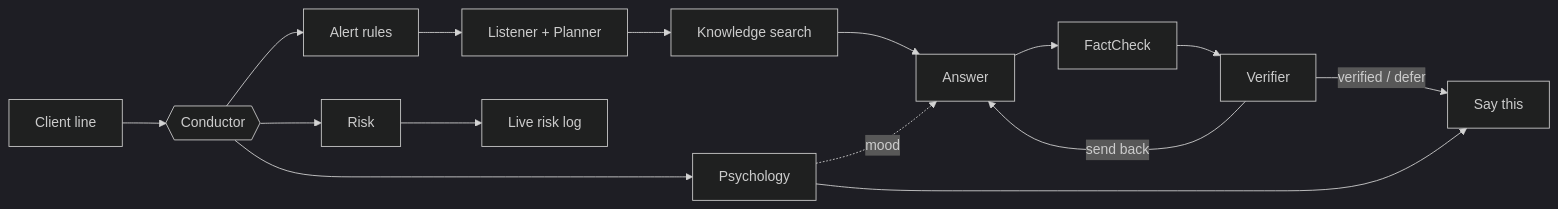
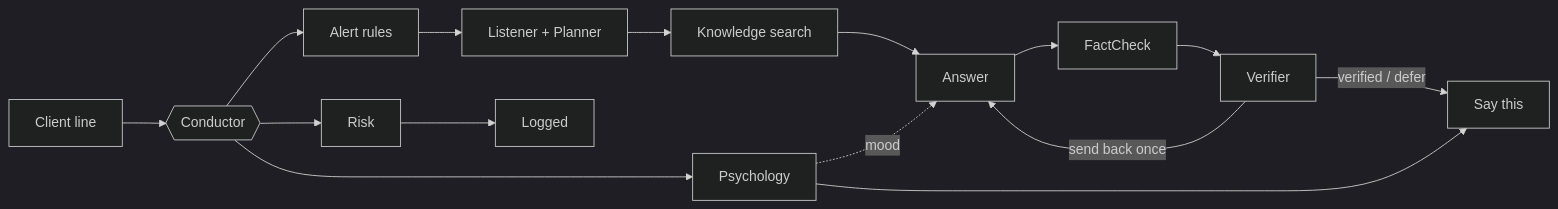
The diagram in README.md (jtahir797/simple-call), drawn with Mermaid (dark theme) before and after one commit. The commit also changed other lines of this file and 43 other files, not shown here.

````diff
--- a/README.md
+++ b/README.md
@@ -45,10 +103,10 @@
 ```mermaid
 flowchart LR
   L["Client line"] --> C{{"Conductor"}}
   C --> AR["Alert rules"] --> LP["Listener + Planner"] --> KS["Knowledge search"] --> AN["Answer"] --> FC["FactCheck"] --> V["Verifier"]
-  V -- "send back" --> AN
+  V -- "send back once" --> AN
   V -- "verified / defer" --> S["Say this"]
   C --> PS["Psychology"] --> S
-  C --> RK["Risk"] --> LOG["Live risk log"]
+  C --> RK["Risk"] --> LOG["Logged"]
   PS -. "mood" .-> AN
 ```
````
